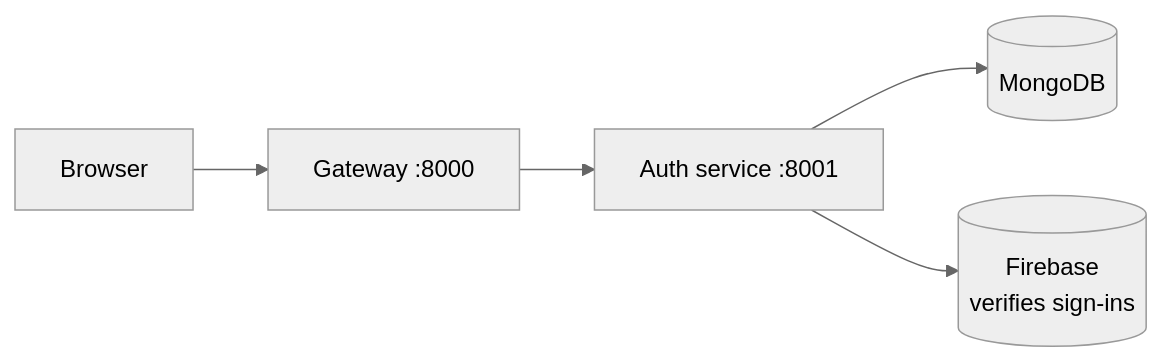
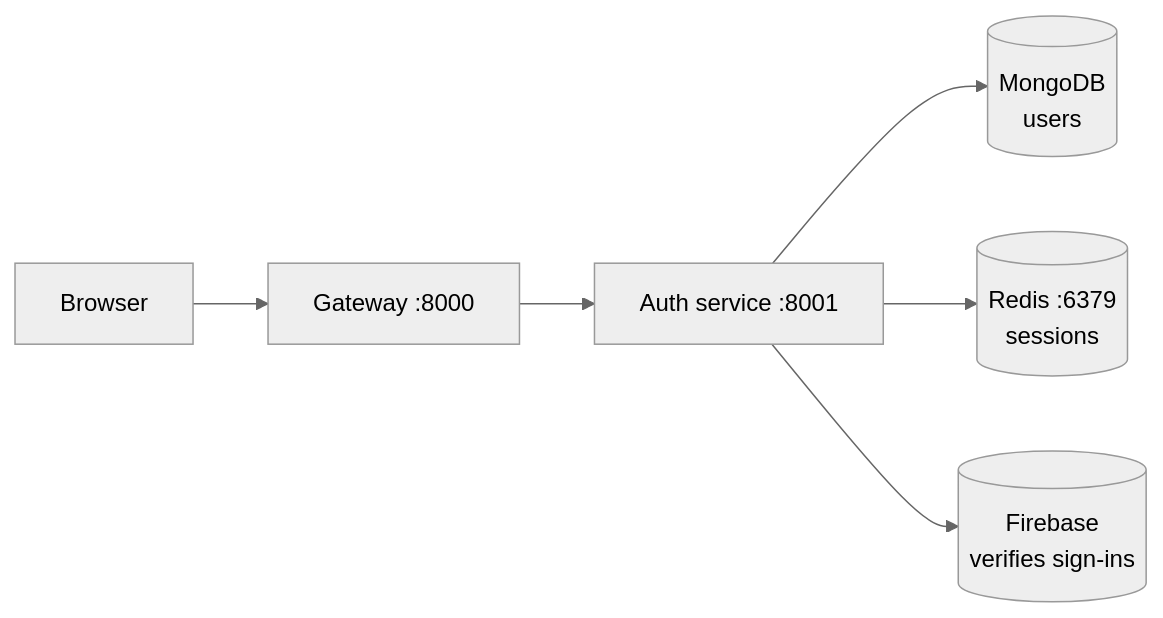
Before and after one commit to yamanhassan1/NexPulse: the diagram in README.md, drawn with Mermaid (neutral theme). The commit also changed other lines of this file and 14 other files, not shown here.

````diff
--- a/README.md
+++ b/README.md
@@ -15,7 +15,8 @@
 ```mermaid
 flowchart LR
     B[Browser] --> G["Gateway :8000"]
     G --> A["Auth service :8001"]
-    A --> M[("MongoDB")]
+    A --> M[("MongoDB<br>users")]
+    A --> R[("Redis :6379<br>sessions")]
     A --> F[("Firebase<br>verifies sign-ins")]
 ```
````
